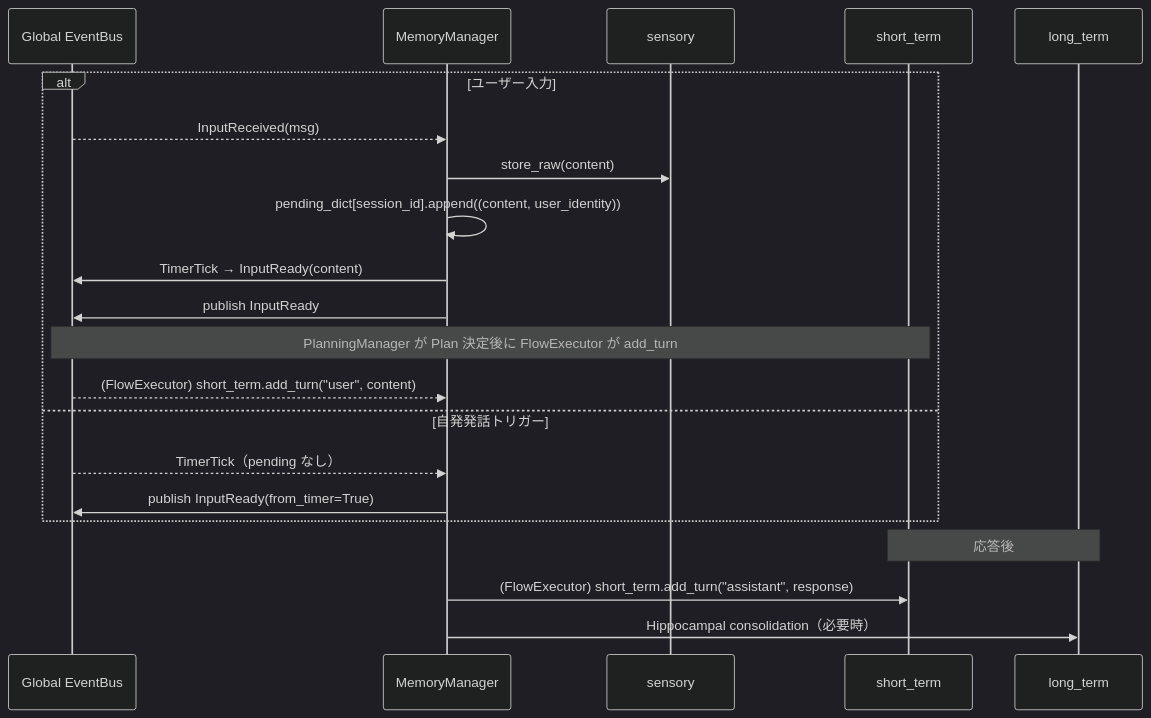
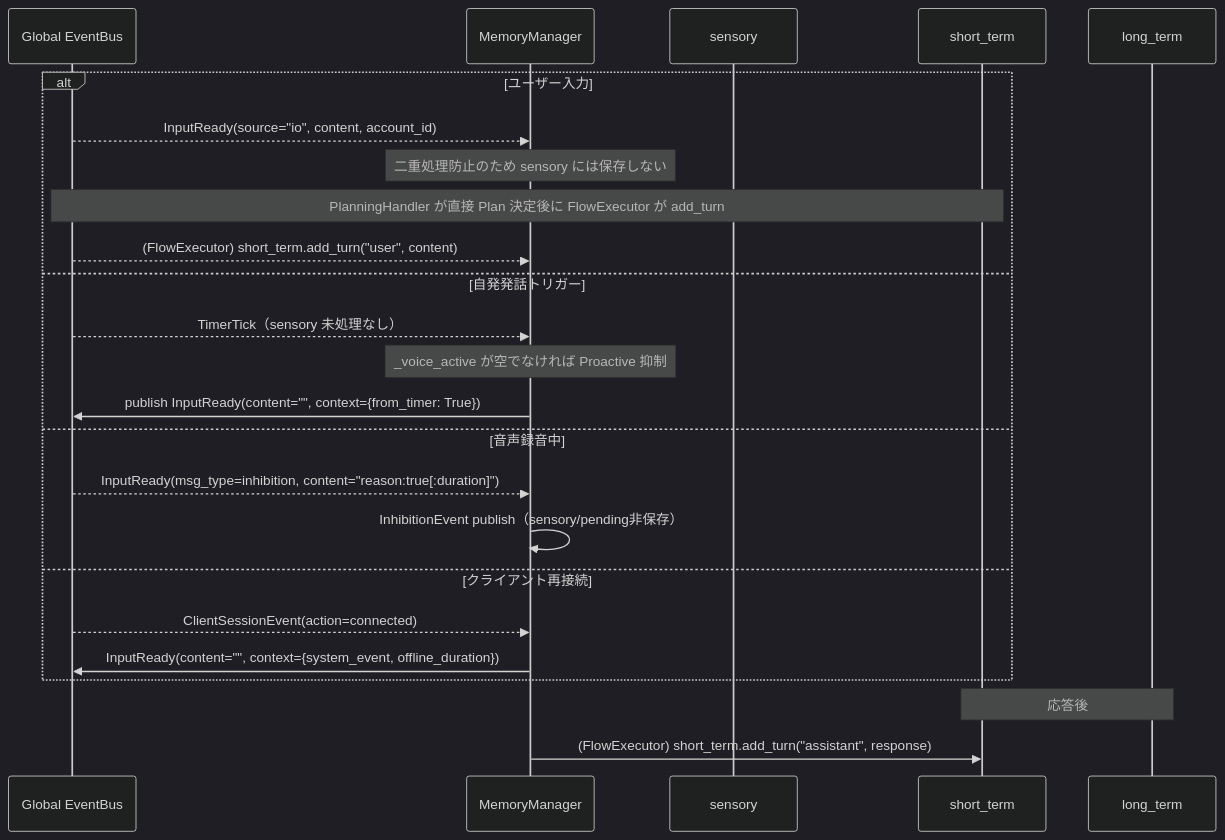
The diagram in docs/memory-layer.md (ibukani/iris-mind), drawn with Mermaid (dark theme) before and after one commit. The commit also changed other lines of this file and 359 other files, not shown here.

````diff
--- a/docs/memory-layer.md
+++ b/docs/memory-layer.md
@@ -222,26 +187,28 @@
 ```mermaid
 sequenceDiagram
     participant EB as Global EventBus
     participant MGR as MemoryManager
     participant SEN as sensory
     participant STM as short_term
     participant LTM as long_term
 
     alt ユーザー入力
-        EB-->>MGR: InputReceived(msg)
-        MGR->>SEN: store_raw(content)
-        MGR->>MGR: pending_dict[session_id].append((content, user_identity))
-        MGR->>EB: TimerTick → InputReady(content)
-        MGR->>EB: publish InputReady
-
-        Note over EB,STM: PlanningManager が Plan 決定後に FlowExecutor が add_turn
+        EB-->>MGR: InputReady(source="io", content, account_id)
+        Note over MGR: 二重処理防止のため sensory には保存しない
+        Note over EB,STM: PlanningHandler が直接 Plan 決定後に FlowExecutor が add_turn
         EB-->>MGR: (FlowExecutor) short_term.add_turn("user", content)
     else 自発発話トリガー
-        EB-->>MGR: TimerTick（pending なし）
-        MGR->>EB: publish InputReady(from_timer=True)
+        EB-->>MGR: TimerTick（sensory 未処理なし）
+        Note over MGR: _voice_active が空でなければ Proactive 抑制
+        MGR->>EB: publish InputReady(content="", context={from_timer: True})
+    else 音声録音中
+        EB-->>MGR: InputReady(msg_type=inhibition, content="reason:true[:duration]")
+        MGR->>MGR: InhibitionEvent publish（sensory/pending非保存）
+    else クライアント再接続
+        EB-->>MGR: ClientSessionEvent(action=connected)
+        MGR->>EB: InputReady(content="", context={system_event, offline_duration})
     end
 
     Note over STM,LTM: 応答後
     MGR->>STM: (FlowExecutor) short_term.add_turn("assistant", response)
-    MGR->>LTM: Hippocampal consolidation（必要時）
 ```
````
